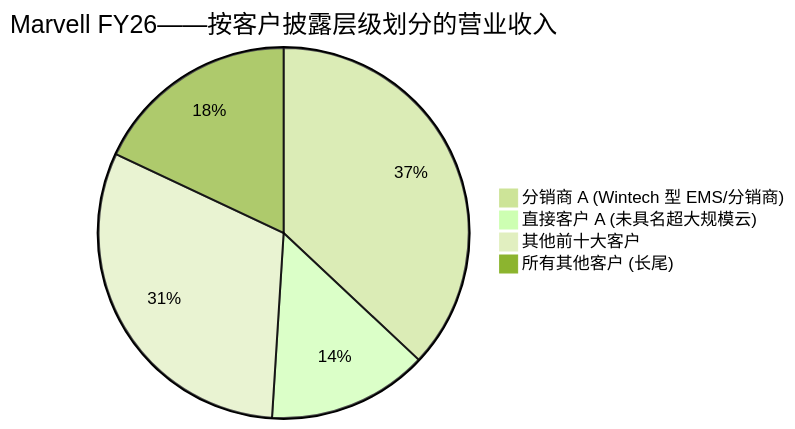
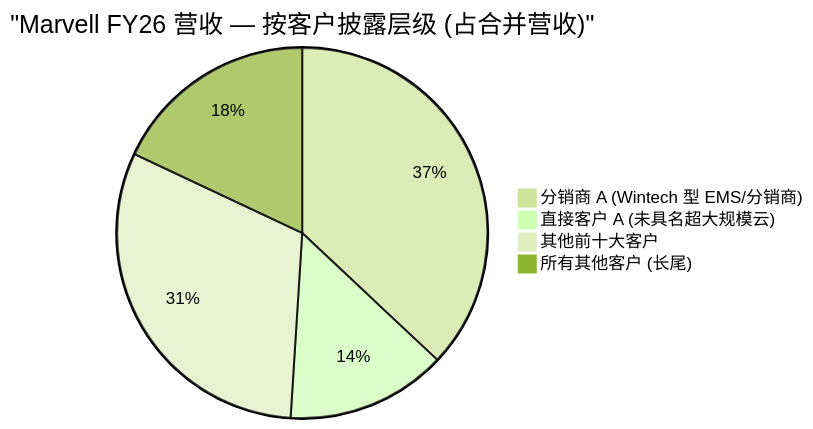
The second of 4 diagrams in reports/company/Marvell_NASDAQ_MRVL/Marvell_NASDAQ_MRVL_公司研究.md (dadachundan/financial_agent), drawn with Mermaid (forest theme) before and after one commit. The commit also changed other lines of this file, not shown here.

First line of the commit message:
feat(company-research): refresh Marvell (NASDAQ:MRVL) — decision layer + full SVG chart suite

````diff
--- a/reports/company/Marvell_NASDAQ_MRVL/Marvell_NASDAQ_MRVL_公司研究.md
+++ b/reports/company/Marvell_NASDAQ_MRVL/Marvell_NASDAQ_MRVL_公司研究.md
@@ -244,7 +712,7 @@
 ```mermaid
-pie title Marvell FY26——按客户披露层级划分的营业收入
+pie title "Marvell FY26 营收 — 按客户披露层级 (占合并营收)"
     "分销商 A (Wintech 型 EMS/分销商)" : 37
     "直接客户 A (未具名超大规模云)" : 14
     "其他前十大客户" : 31
     "所有其他客户 (长尾)" : 18
 ```
````
